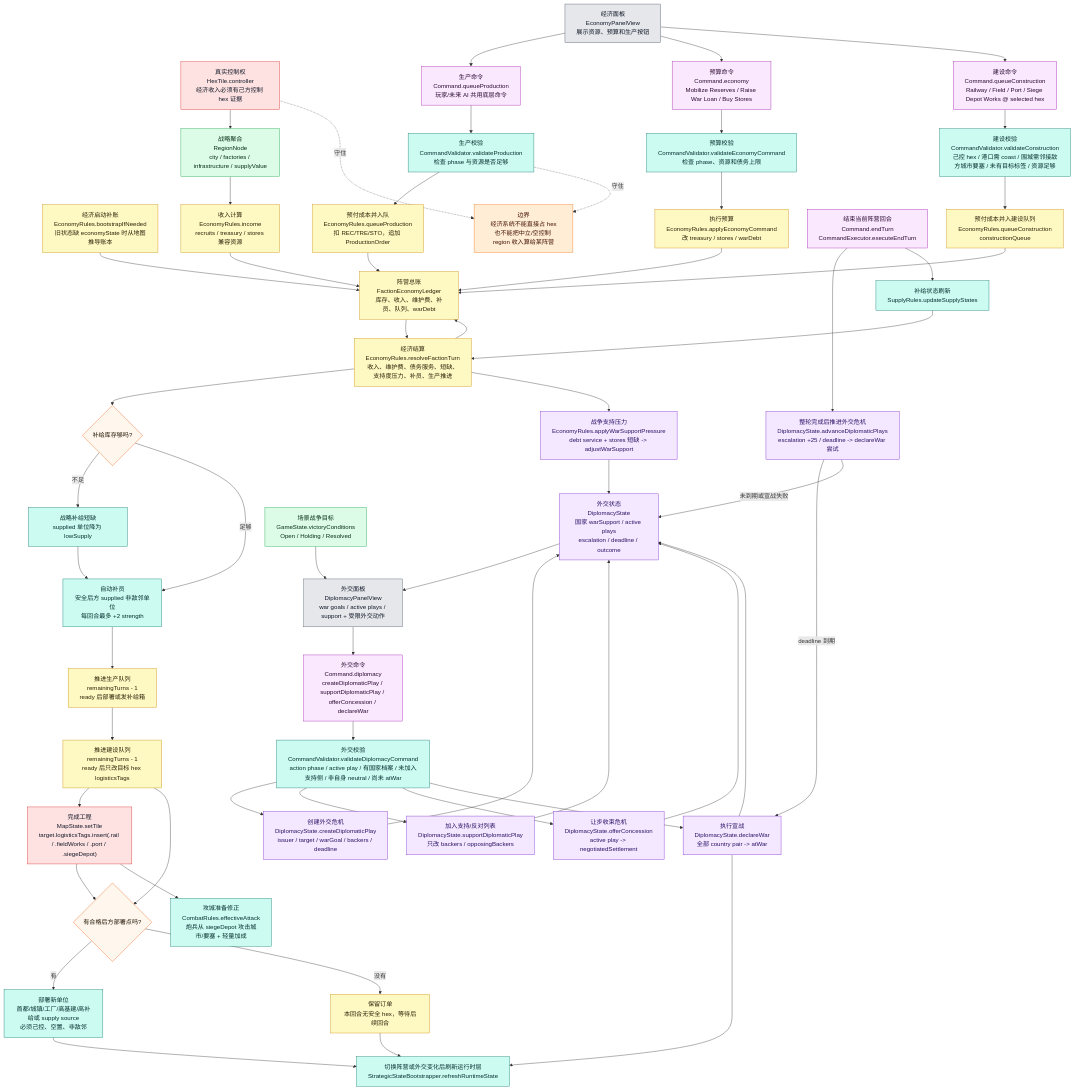
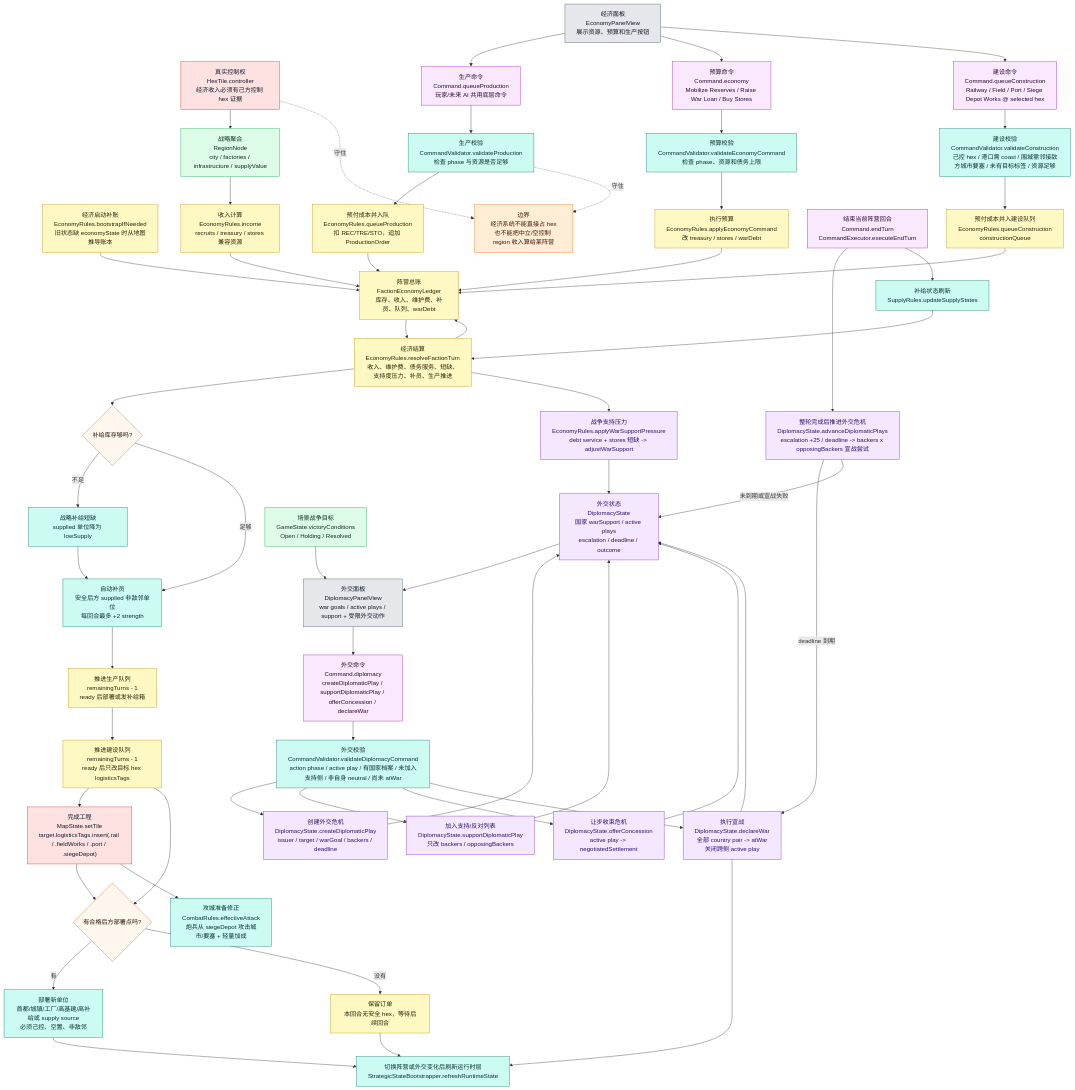
The fourth of 9 diagrams in md/flow/flowchart.md (Altman-sam114/126), drawn with Mermaid before and after one commit. The commit also changed other lines of this file and 7 other files, not shown here.

Commit message:
Integrate diplomatic play escalation

```diff
--- a/md/flow/flowchart.md
+++ b/md/flow/flowchart.md
@@ -228,8 +228,8 @@
     DIPPLAY["创建外交危机<br/>DiplomacyState.createDiplomaticPlay<br/>issuer / target / warGoal / backers / deadline"]:::diplomacy
     DIPSUPPORT["加入支持/反对列表<br/>DiplomacyState.supportDiplomaticPlay<br/>只改 backers / opposingBackers"]:::diplomacy
     DIPSETTLE["让步收束危机<br/>DiplomacyState.offerConcession<br/>active play -> negotiatedSettlement"]:::diplomacy
-    DIPADV["整轮完成后推进外交危机<br/>DiplomacyState.advanceDiplomaticPlays<br/>escalation +25 / deadline -> declareWar 尝试"]:::diplomacy
-    DIPAPPLY["执行宣战<br/>DiplomacyState.declareWar<br/>全部 country pair -> atWar"]:::diplomacy
+    DIPADV["整轮完成后推进外交危机<br/>DiplomacyState.advanceDiplomaticPlays<br/>escalation +25 / deadline -> backers x opposingBackers 宣战尝试"]:::diplomacy
+    DIPAPPLY["执行宣战<br/>DiplomacyState.declareWar<br/>全部 country pair -> atWar<br/>关闭跨侧 active play"]:::diplomacy
 
     END["结束当前阵营回合<br/>Command.endTurn<br/>CommandExecutor.executeEndTurn"]:::command
     SUPPLY["补给状态刷新<br/>SupplyRules.updateSupplyStates"]:::rules
```
